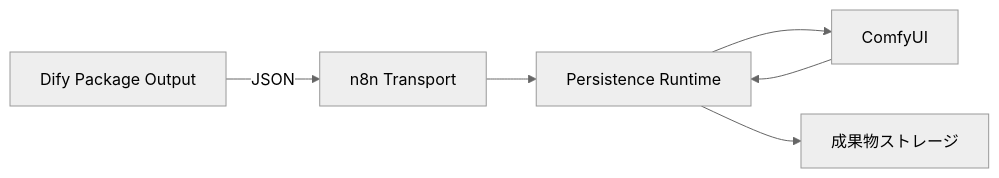
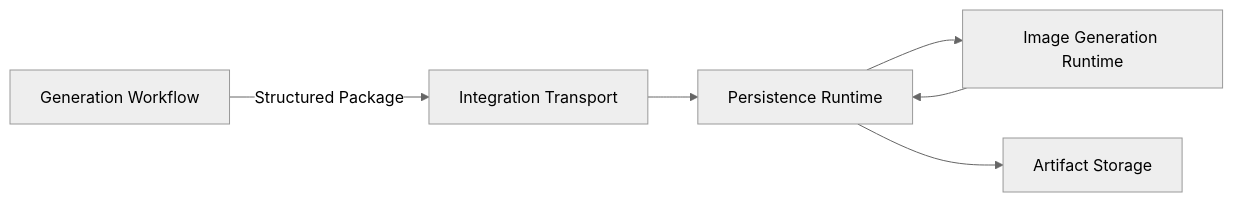
The seventh of 11 diagrams in docs/public/architecture-public.md (fctaityo/fctaityo.github.io), drawn with Mermaid (neutral theme) before and after one commit. The commit also changed other lines of this file, not shown here.

````diff
--- a/docs/public/architecture-public.md
+++ b/docs/public/architecture-public.md
@@ -168,6 +187,6 @@
 ```mermaid
 flowchart LR
-  D["Dify Package Output"] -->|"JSON"| W["n8n Transport"] --> J["Persistence Runtime"] --> C["ComfyUI"]
-  J --> O["成果物ストレージ"]
+  D["Generation Workflow"] -->|"Structured Package"| W["Integration Transport"] --> J["Persistence Runtime"] --> C["Image Generation Runtime"]
+  J --> O["Artifact Storage"]
   C --> J
 ```
````
